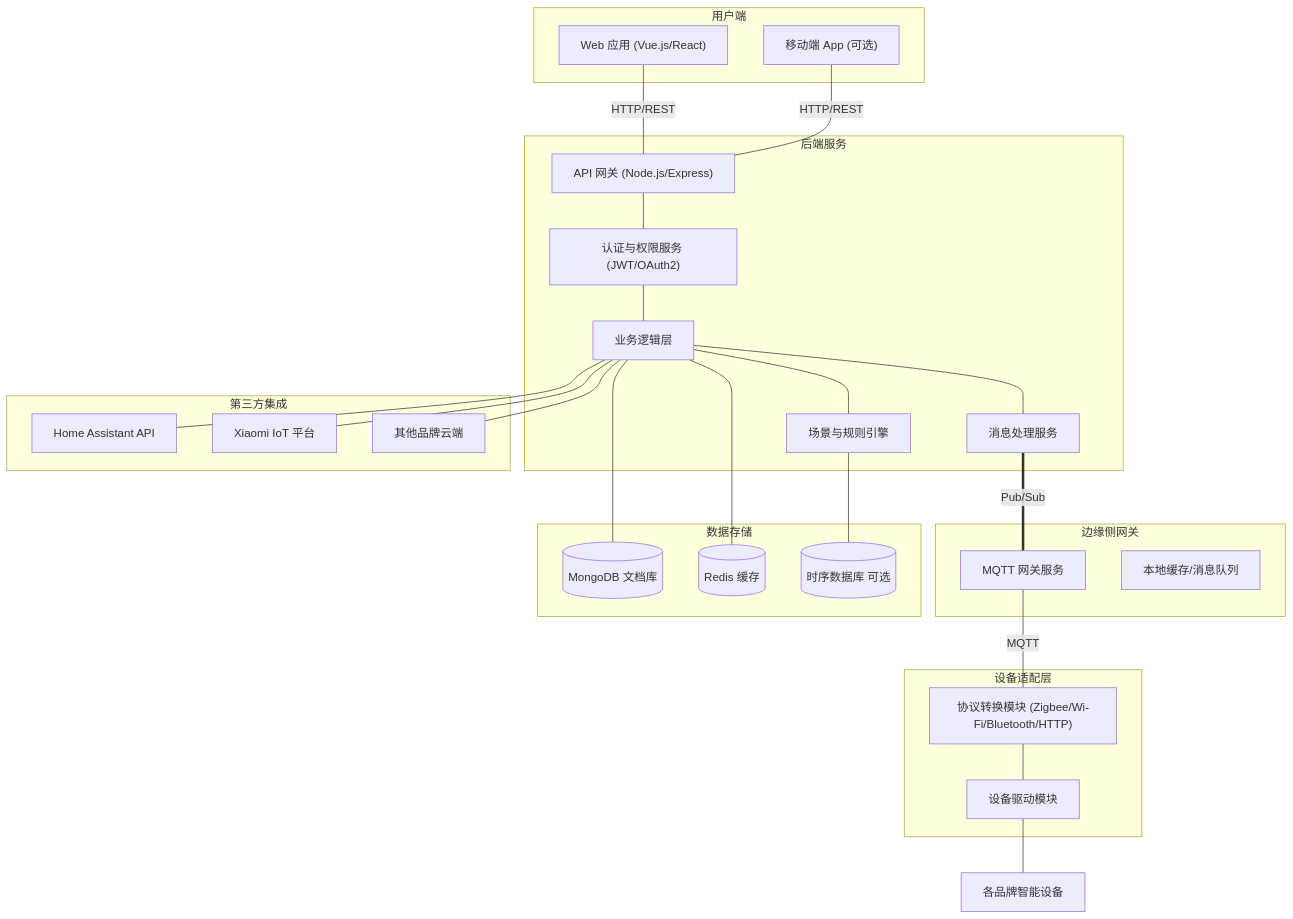
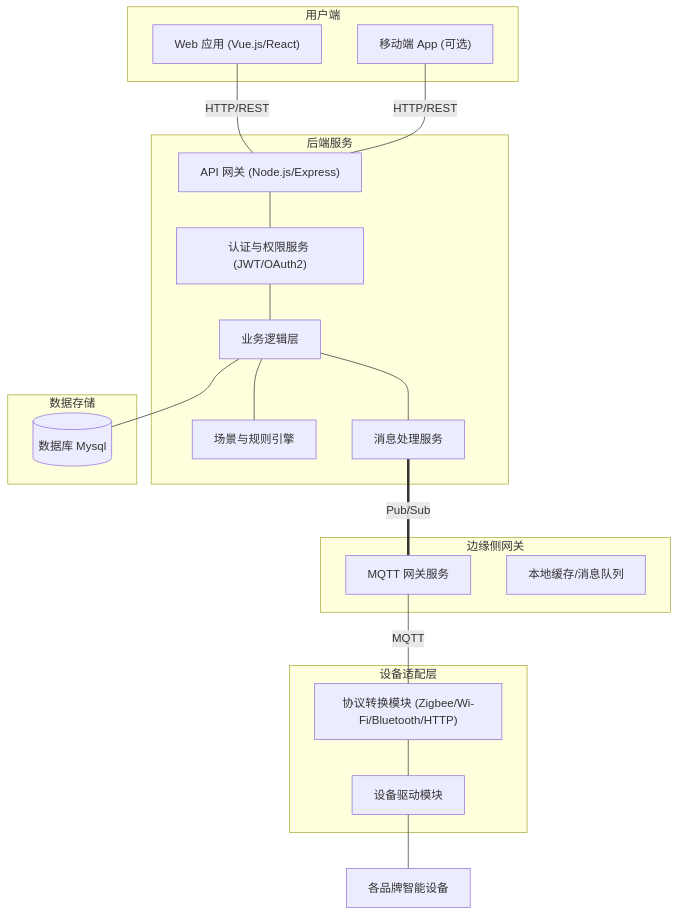
The diagram in README.md (KDAIer/yatmosphere), drawn with Mermaid before and after one commit. The commit also changed other lines of this file, not shown here.

````diff
--- a/README.md
+++ b/README.md
@@ -50,54 +57,41 @@
 ```mermaid
 flowchart TB
     subgraph 用户端
         A1["Web 应用 (Vue.js/React)"]  
         A2["移动端 App (可选)"]  
     end
 
     subgraph 边缘侧网关
         B1["MQTT 网关服务"]
         B2["本地缓存/消息队列"]
     end
 
     subgraph 后端服务
         C1["API 网关 (Node.js/Express)"]
         C2["认证与权限服务 (JWT/OAuth2)"]
         C3["业务逻辑层"]
         C4["场景与规则引擎"]
         C5["消息处理服务"]
     end
 
     subgraph 设备适配层
         D1["设备驱动模块"]
         D2["协议转换模块 (Zigbee/Wi-Fi/Bluetooth/HTTP)"]
     end
 
     subgraph 数据存储
-        E1[(MongoDB 文档库)]
-        E2[(Redis 缓存)]
-        E3[(时序数据库 可选)]
-    end
-
-    subgraph 第三方集成
-        F1["Home Assistant API"]
-        F2["Xiaomi IoT 平台"]
-        F3["其他品牌云端"]
+        E1[(数据库 Mysql)]
     end
 
     A1 ---|HTTP/REST| C1
     A2 ---|HTTP/REST| C1
     C1 --- C2
     C2 --- C3
     C3 --- C4
     C3 --- C5
     C5 ===|Pub/Sub| B1
     B1 ---|MQTT| D2
     D2 --- D1
     D1 --- Devices[各品牌智能设备]
     C3 --- E1
-    C3 --- E2
-    C4 --- E3
-    C3 --- F1
-    C3 --- F2
-    C3 --- F3
 ```
````
